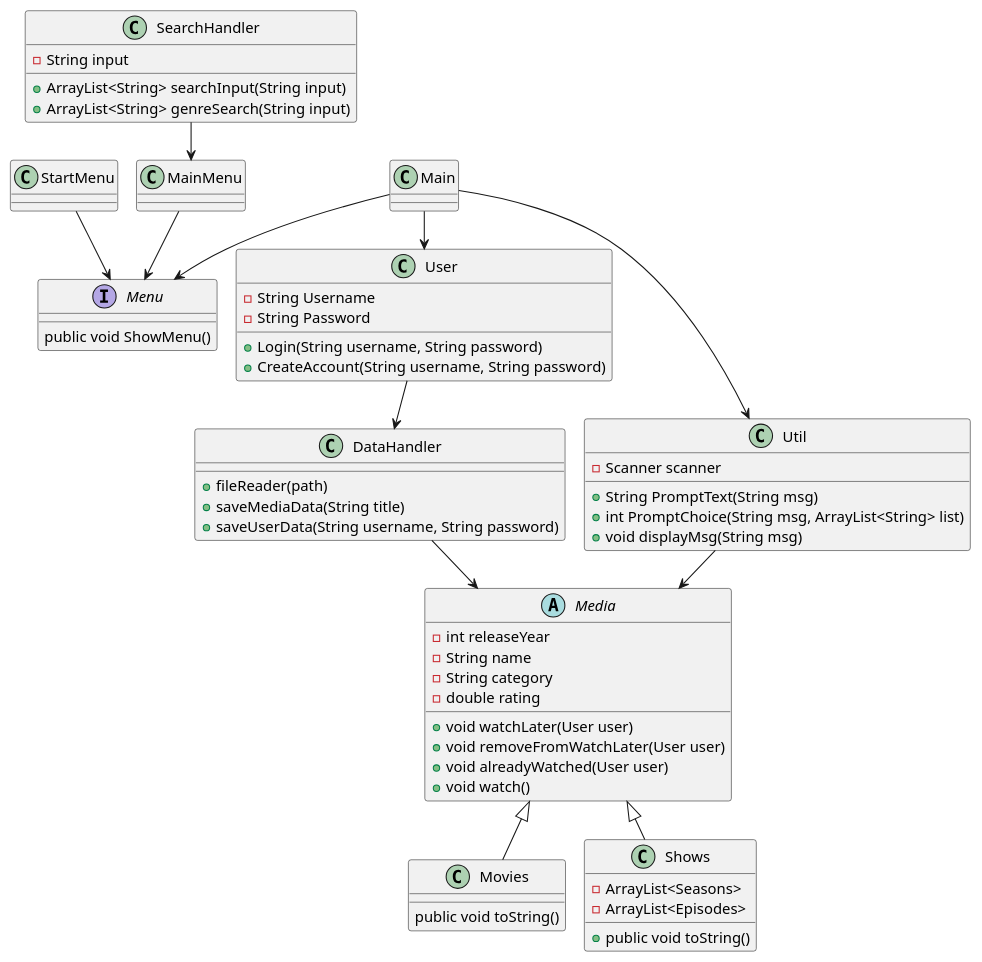
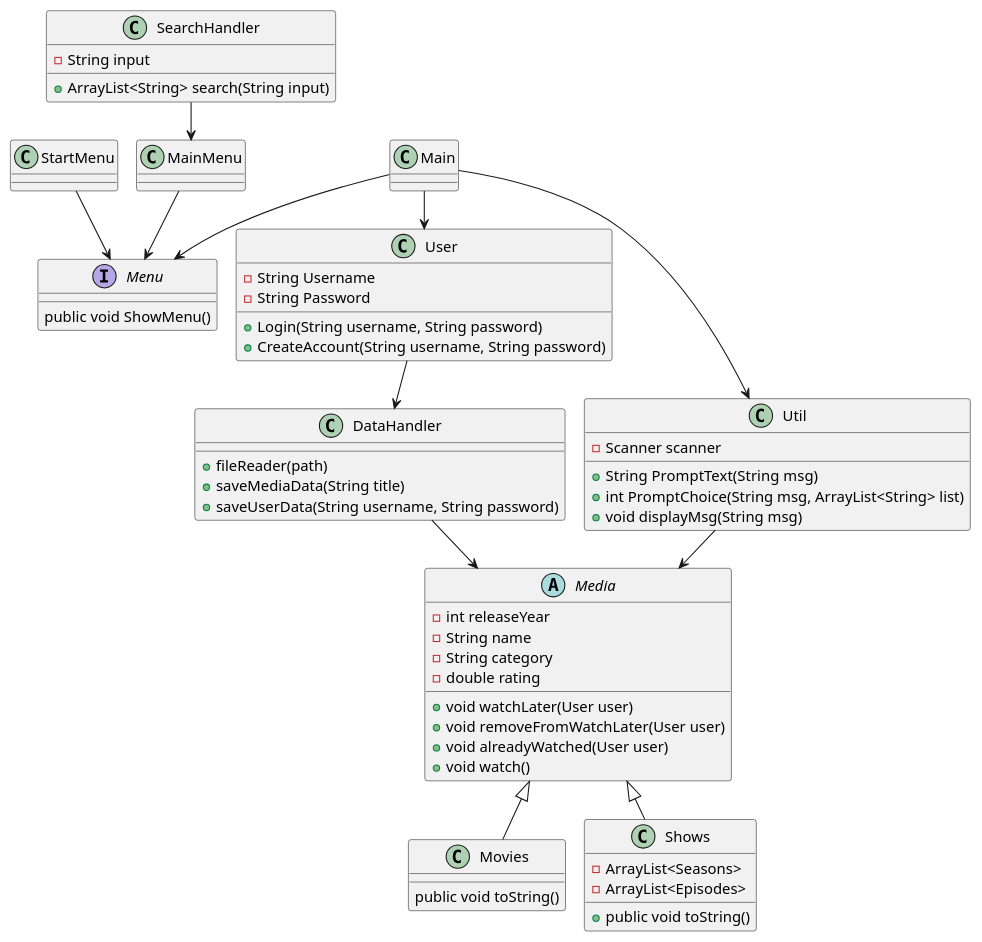
The diagram in .idea/ClassDiagram.puml (ValdemarLarsen02/SP3GruppeD), drawn with PlantUML before and after one commit.

```diff
--- a/.idea/ClassDiagram.puml
+++ b/.idea/ClassDiagram.puml
@@ -1,83 +1,82 @@
 @startuml
 !pragma layout smetana
 
 Class Main{
 }
 
 Interface Menu{
 public void ShowMenu()
 }
 
 Class StartMenu{
 }
 
 Class MainMenu{
 }
 
 Class User{
 - String Username
 - String Password
 + Login(String username, String password)
 + CreateAccount(String username, String password)
 }
 
 Class SearchHandler {
 - String input
-+ ArrayList<String> searchInput(String input)
-+ ArrayList<String> genreSearch(String input)
++ ArrayList<String> search(String input)
 }
 
 Class DataHandler{
 + fileReader(path)
 + saveMediaData(String title)
 + saveUserData(String username, String password)
 }
 
 Abstract Media{
 - int releaseYear
 - String name
 - String category
 - double rating
 + void watchLater(User user)
 + void removeFromWatchLater(User user)
 + void alreadyWatched(User user)
 + void watch()
 }
 
 Class Util{
 - Scanner scanner
 + String PromptText(String msg)
 + int PromptChoice(String msg, ArrayList<String> list)
 + void displayMsg(String msg)
 }
 
 Class Movies{
 public void toString()
 }
 
 Class Shows{
 - ArrayList<Seasons>
 - ArrayList<Episodes>
 + public void toString()
 }
 
 Main --> Menu
 Main --> Util
 Main --> User
 StartMenu --> Menu
 MainMenu --> Menu
 Util --> Media
 Media <|-- Shows
 Media <|-- Movies
 User --> DataHandler
 DataHandler --> Media
 SearchHandler --> MainMenu
 
 
 
 
 
 
 
 
 @enduml
```
